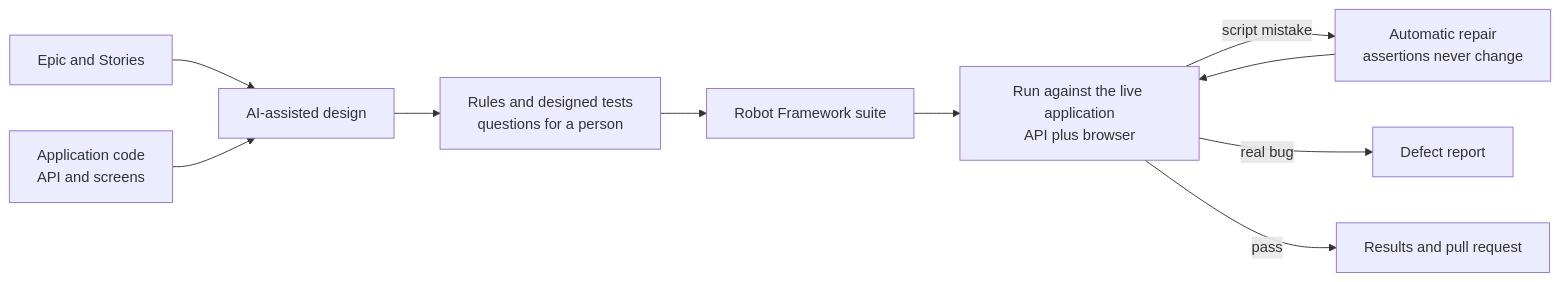
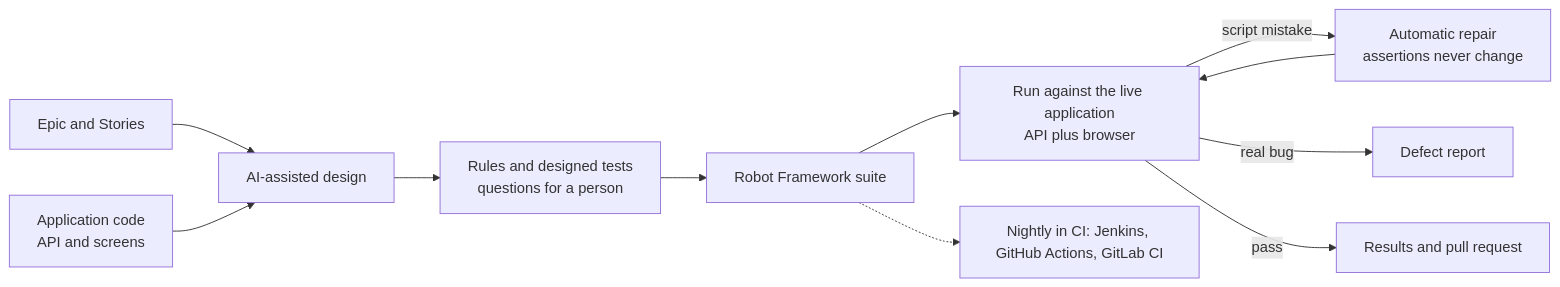
One commit to Mallikarjun-Auto/stories-to-e2e-demo changed the diagram in README.md. Above: the diagram before and after it, drawn with Mermaid. The commit also changed other lines of this file and 1 other file, not shown here.

Commit message:
Note continuous running in CI: Jenkins, GitHub Actions, GitLab CI

````diff
--- a/README.md
+++ b/README.md
@@ -18,12 +18,13 @@
 ```mermaid
 flowchart LR
     A[Epic and Stories] --> C[AI-assisted design]
     B[Application code<br/>API and screens] --> C
     C --> D[Rules and designed tests<br/>questions for a person]
     D --> E[Robot Framework suite]
     E --> F[Run against the live application<br/>API plus browser]
     F -->|script mistake| G[Automatic repair<br/>assertions never change]
     G --> F
     F -->|real bug| H[Defect report]
     F -->|pass| I[Results and pull request]
+    E -.-> J[Nightly in CI: Jenkins, GitHub Actions, GitLab CI]
 ```
````
